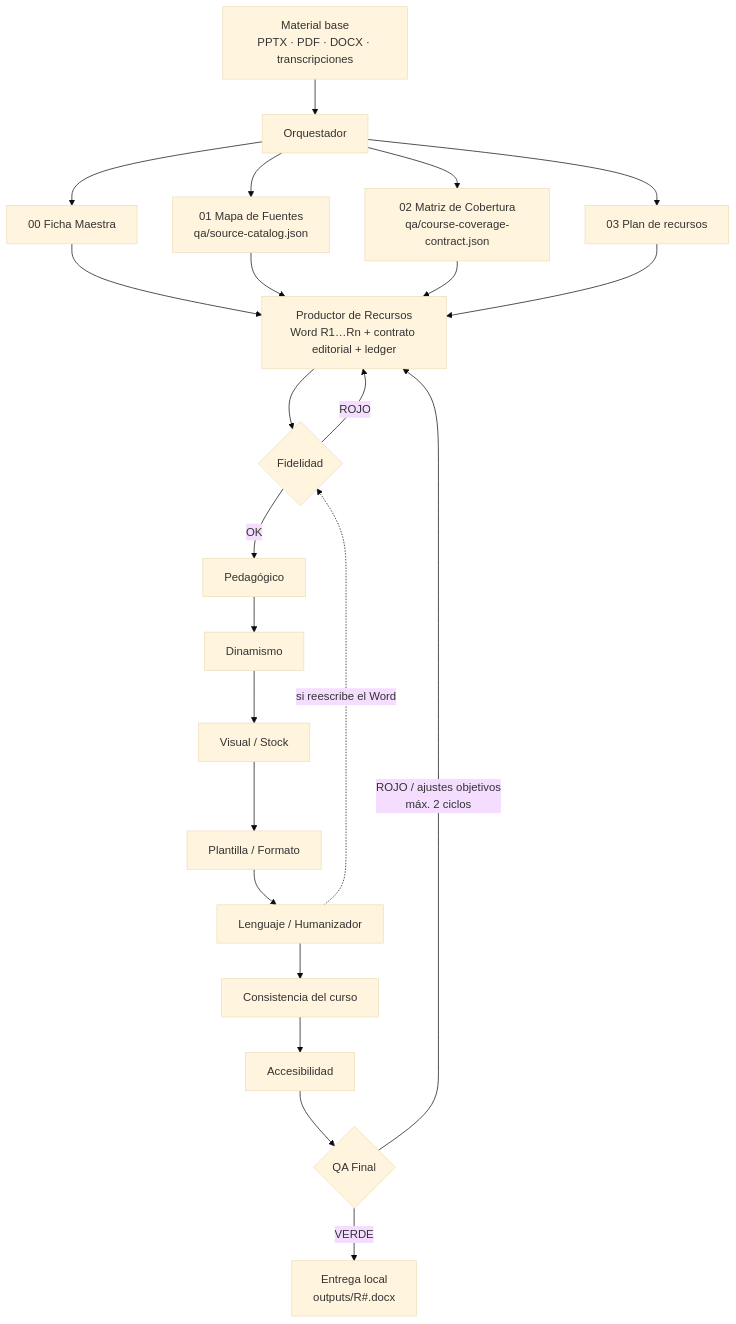
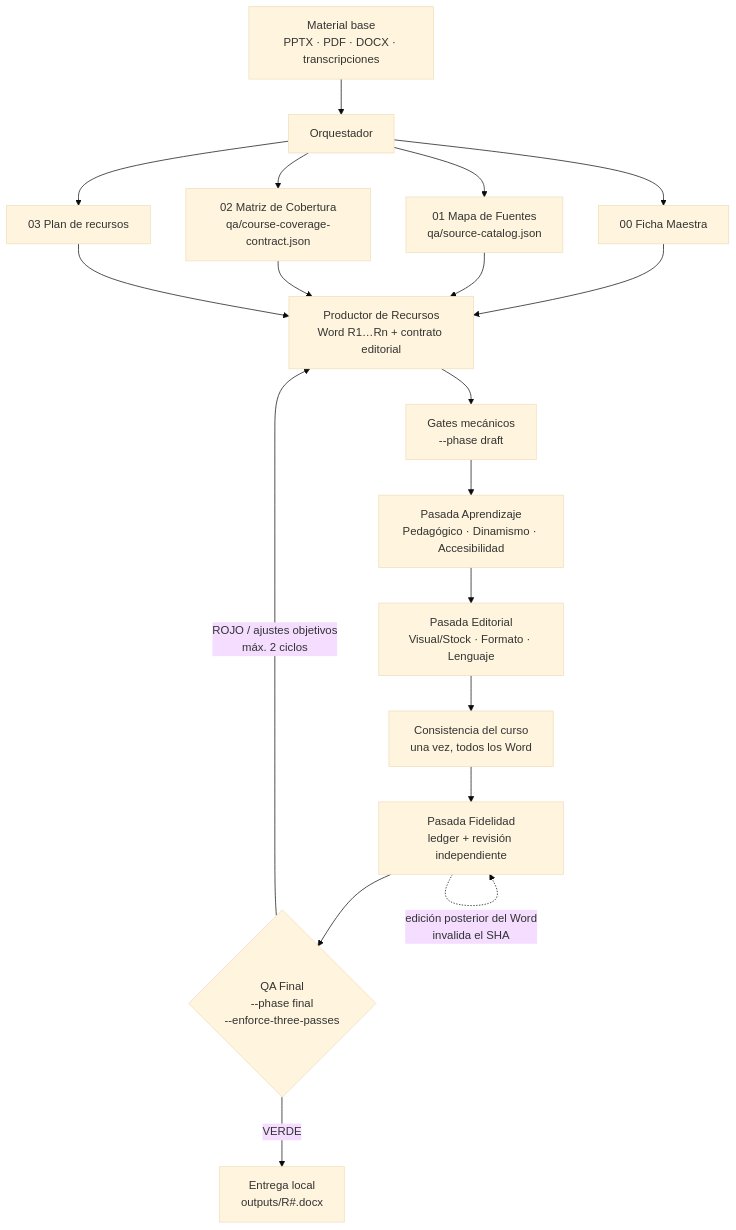
One commit to Rvilov/Agentes-de-Dise-o-Instruccional changed the diagram in README.md. Above: the diagram before and after it, drawn with Mermaid (base theme). The commit also changed other lines of this file and 52 other files, not shown here.

````diff
--- a/README.md
+++ b/README.md
@@ -79,16 +116,18 @@
 ```mermaid
 flowchart TD
     A[Material base<br/>PPTX · PDF · DOCX · transcripciones] --> B[Orquestador]
     B --> B1[00 Ficha Maestra]
     B --> B2[01 Mapa de Fuentes<br/>qa/source-catalog.json]
     B --> B3[02 Matriz de Cobertura<br/>qa/course-coverage-contract.json]
     B --> B4[03 Plan de recursos]
-    B1 & B2 & B3 & B4 --> C[Productor de Recursos<br/>Word R1…Rn + contrato editorial + ledger]
-    C --> D{Fidelidad}
-    D -- ROJO --> C
-    D -- OK --> E[Pedagógico] --> F[Dinamismo] --> G[Visual / Stock] --> H[Plantilla / Formato] --> I[Lenguaje / Humanizador]
-    I -. si reescribe el Word .-> D
-    I --> J[Consistencia del curso] --> K[Accesibilidad] --> L{QA Final}
+    B1 & B2 & B3 & B4 --> C[Productor de Recursos<br/>Word R1…Rn + contrato editorial]
+    C --> C2[Gates mecánicos<br/>--phase draft]
+    C2 --> E[Pasada Aprendizaje<br/>Pedagógico · Dinamismo · Accesibilidad]
+    E --> G[Pasada Editorial<br/>Visual/Stock · Formato · Lenguaje]
+    G --> J[Consistencia del curso<br/>una vez, todos los Word]
+    J --> D[Pasada Fidelidad<br/>ledger + revisión independiente]
+    D --> L{QA Final<br/>--phase final<br/>--enforce-three-passes}
     L -- ROJO / ajustes objetivos<br/>máx. 2 ciclos --> C
     L -- VERDE --> M[Entrega local<br/>outputs/R#.docx]
+    D -. edición posterior del Word<br/>invalida el SHA .-> D
 ```
````
